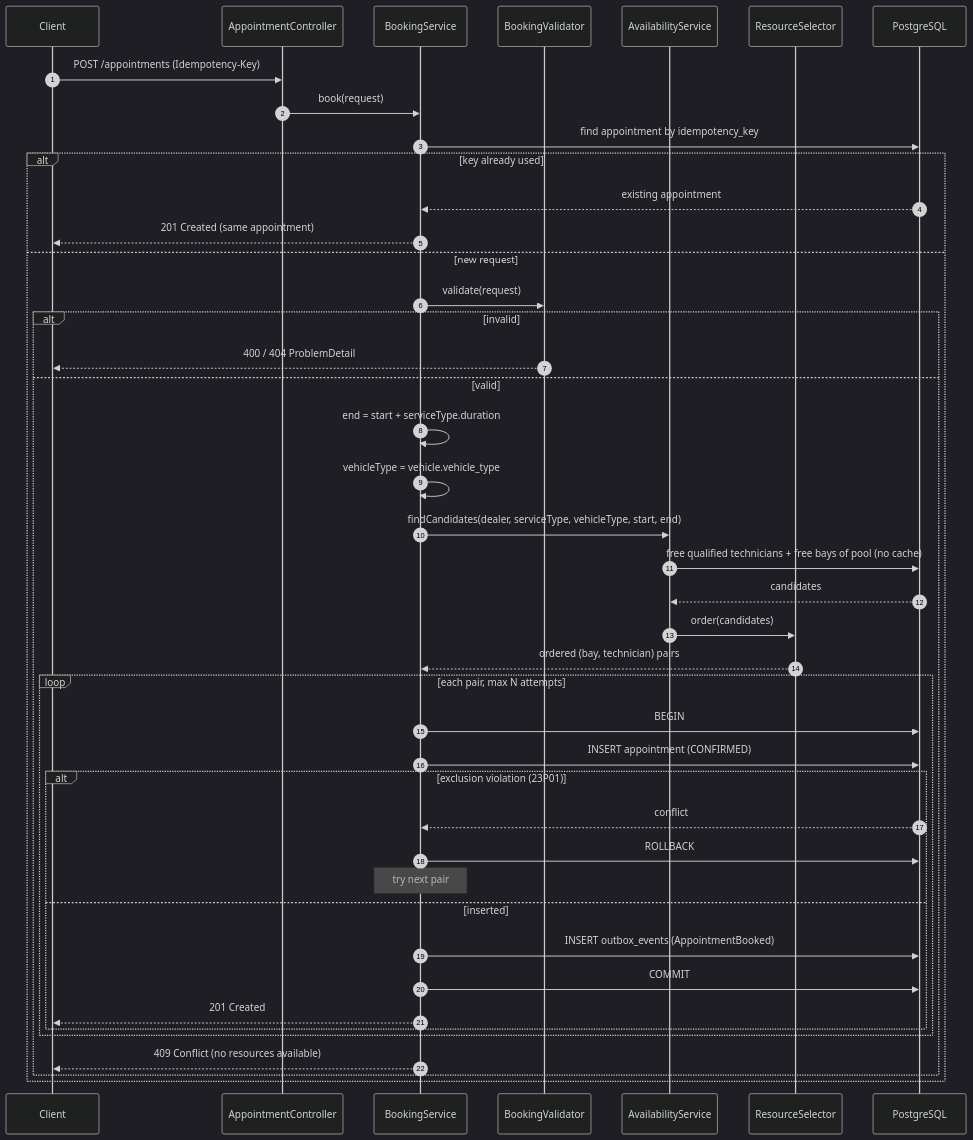
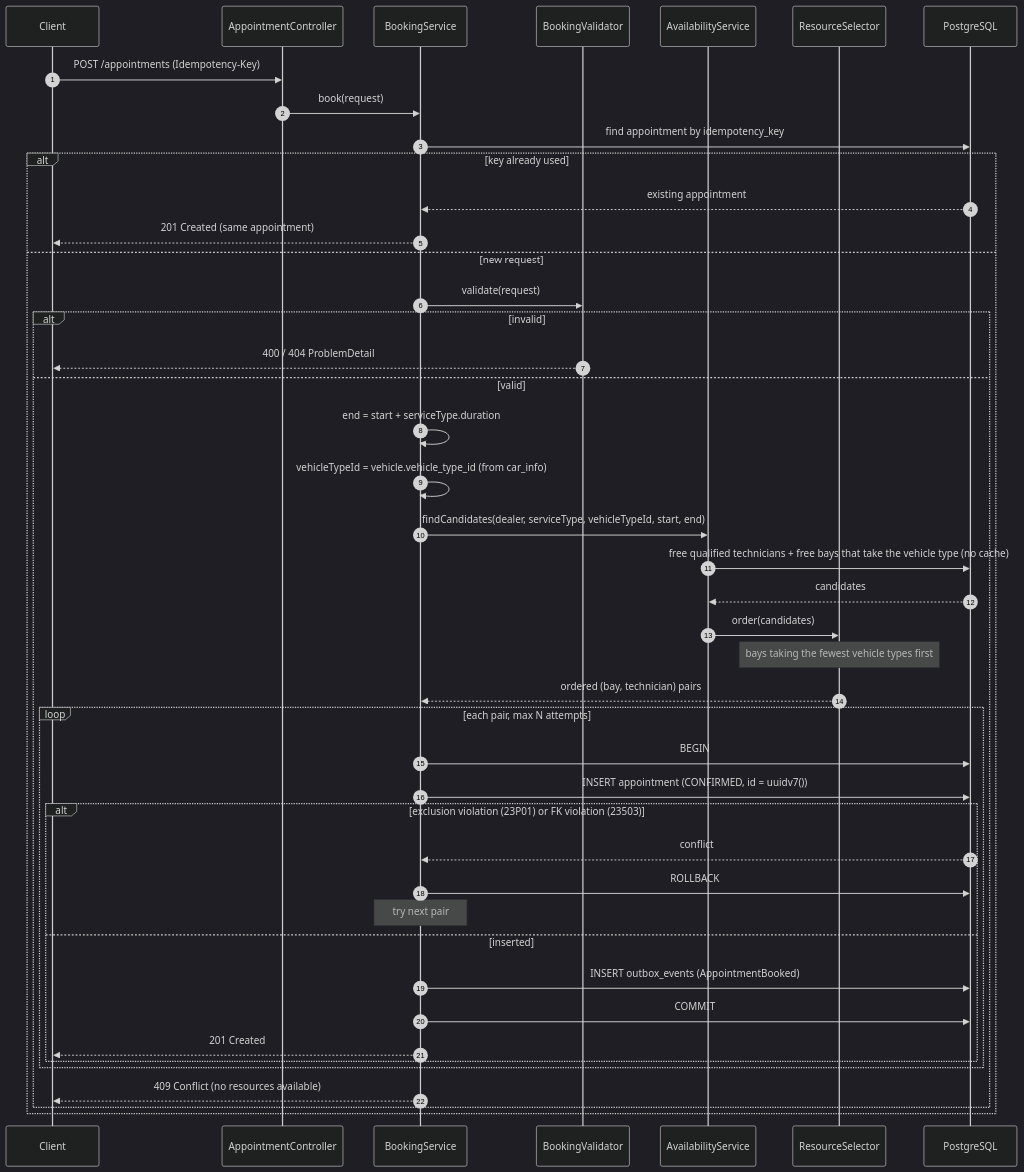
One commit to Rubynam/keyloop changed the diagram in docs/diagrams/dld/05-seq-book-appointment.mermaid. Above: the diagram before and after it, drawn with Mermaid (dark theme). The commit also changed 40 other files, not shown here.

First line of the commit message:
feat: model vehicle types as data and switch all ids to UUIDv7

```diff
--- a/docs/diagrams/dld/05-seq-book-appointment.mermaid
+++ b/docs/diagrams/dld/05-seq-book-appointment.mermaid
@@ -1,44 +1,45 @@
 sequenceDiagram
     autonumber
     participant C as Client
     participant AC as AppointmentController
     participant BS as BookingService
     participant V as BookingValidator
     participant AVS as AvailabilityService
     participant RS as ResourceSelector
     participant PG as PostgreSQL
 
     C->>AC: POST /appointments (Idempotency-Key)
     AC->>BS: book(request)
     BS->>PG: find appointment by idempotency_key
     alt key already used
         PG-->>BS: existing appointment
         BS-->>C: 201 Created (same appointment)
     else new request
         BS->>V: validate(request)
         alt invalid
             V-->>C: 400 / 404 ProblemDetail
         else valid
             BS->>BS: end = start + serviceType.duration
-            BS->>BS: vehicleType = vehicle.vehicle_type
-            BS->>AVS: findCandidates(dealer, serviceType, vehicleType, start, end)
-            AVS->>PG: free qualified technicians + free bays of pool (no cache)
+            BS->>BS: vehicleTypeId = vehicle.vehicle_type_id (from car_info)
+            BS->>AVS: findCandidates(dealer, serviceType, vehicleTypeId, start, end)
+            AVS->>PG: free qualified technicians + free bays that take the vehicle type (no cache)
             PG-->>AVS: candidates
             AVS->>RS: order(candidates)
+            Note over RS: bays taking the fewest vehicle types first
             RS-->>BS: ordered (bay, technician) pairs
             loop each pair, max N attempts
                 BS->>PG: BEGIN
-                BS->>PG: INSERT appointment (CONFIRMED)
-                alt exclusion violation (23P01)
+                BS->>PG: INSERT appointment (CONFIRMED, id = uuidv7())
+                alt exclusion violation (23P01) or FK violation (23503)
                     PG-->>BS: conflict
                     BS->>PG: ROLLBACK
                     Note over BS: try next pair
                 else inserted
                     BS->>PG: INSERT outbox_events (AppointmentBooked)
                     BS->>PG: COMMIT
                     BS-->>C: 201 Created
                 end
             end
             BS-->>C: 409 Conflict (no resources available)
         end
     end
```
